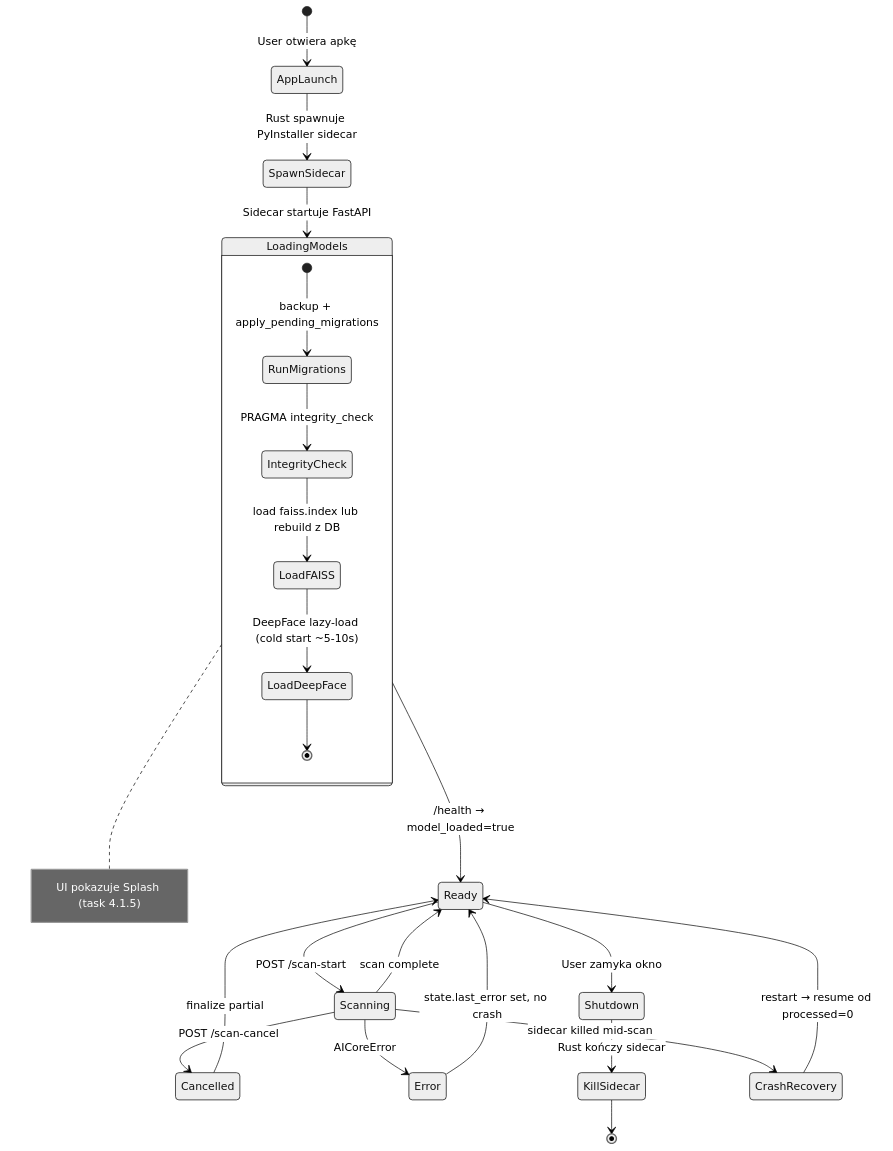
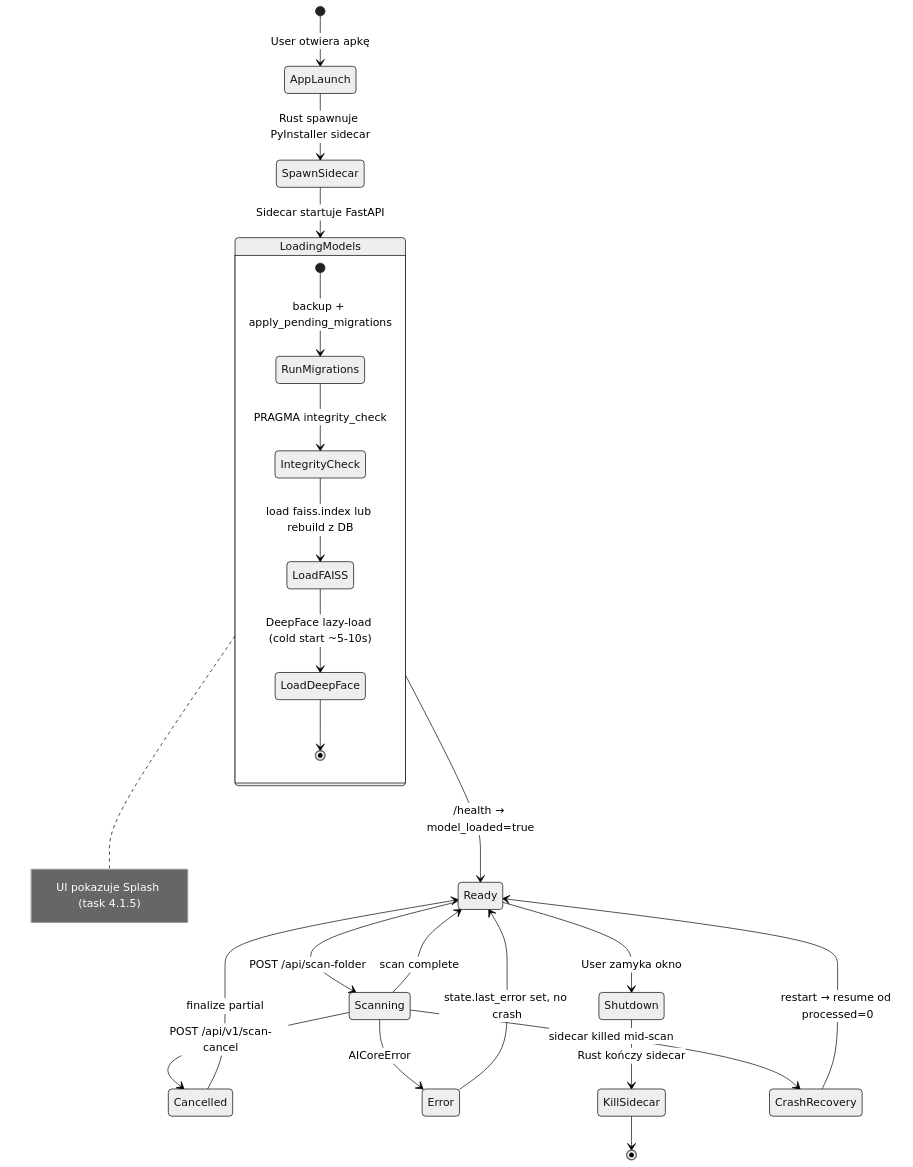
One commit to bialasq/photo-ai-detector changed the fifth of 7 diagrams in docs/ARCHITECTURE.md. Above: the diagram before and after it, drawn with Mermaid (neutral theme). The commit also changed other lines of this file and 3 other files, not shown here.

Commit message:
docs: fix API drift in ARCHITECTURE, update README (AppData/Node20/GPU/v1), GAP statuses, add CONTRIBUTING (task 3.3.x)

````diff
--- a/docs/ARCHITECTURE.md
+++ b/docs/ARCHITECTURE.md
@@ -250,31 +254,31 @@
 ```mermaid
 stateDiagram-v2
     [*] --> AppLaunch: User otwiera apkę
     AppLaunch --> SpawnSidecar: Rust spawnuje PyInstaller sidecar
     SpawnSidecar --> LoadingModels: Sidecar startuje FastAPI
 
     state LoadingModels {
         [*] --> RunMigrations: backup + apply_pending_migrations
         RunMigrations --> IntegrityCheck: PRAGMA integrity_check
         IntegrityCheck --> LoadFAISS: load faiss.index lub rebuild z DB
         LoadFAISS --> LoadDeepFace: DeepFace lazy-load (cold start ~5-10s)
         LoadDeepFace --> [*]
     }
 
     LoadingModels --> Ready: /health → model_loaded=true
     note right of LoadingModels: UI pokazuje Splash (task 4.1.5)
 
-    Ready --> Scanning: POST /scan-start
+    Ready --> Scanning: POST /api/scan-folder
     Scanning --> Ready: scan complete
-    Scanning --> Cancelled: POST /scan-cancel
+    Scanning --> Cancelled: POST /api/v1/scan-cancel
     Cancelled --> Ready: finalize partial
     Scanning --> Error: AICoreError
     Error --> Ready: state.last_error set, no crash
 
     Ready --> Shutdown: User zamyka okno
     Shutdown --> KillSidecar: Rust kończy sidecar
     KillSidecar --> [*]
 
     Scanning --> CrashRecovery: sidecar killed mid-scan
     CrashRecovery --> Ready: restart → resume od processed=0
 ```
````
